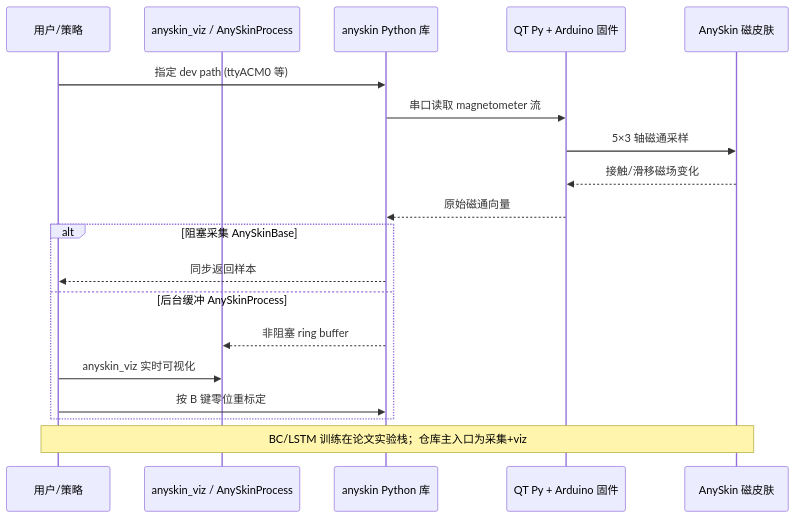
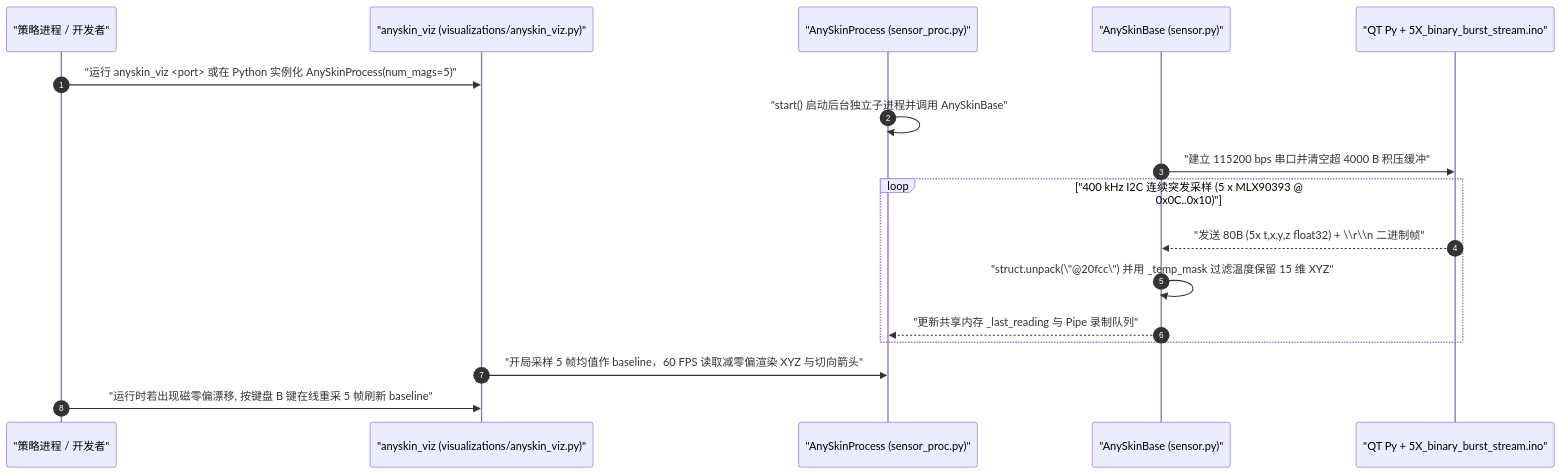
Before and after one commit to ImChong/Robotics_Notebooks: the second of 2 diagrams in wiki/entities/painode-146-anyskin.md, drawn with Mermaid. The commit also changed other lines of this file and 151 other files, not shown here.

````diff
--- a/wiki/entities/painode-146-anyskin.md
+++ b/wiki/entities/painode-146-anyskin.md
@@ -146,22 +134,20 @@
 ```mermaid
 sequenceDiagram
-  participant User as 用户/策略
-  participant Viz as anyskin_viz / AnySkinProcess
-  participant Lib as anyskin Python 库
-  participant MCU as QT Py + Arduino 固件
-  participant Skin as AnySkin 磁皮肤
+  autonumber
+  participant User as "策略进程 / 开发者"
+  participant Viz as "anyskin_viz (visualizations/anyskin_viz.py)"
+  participant Proc as "AnySkinProcess (sensor_proc.py)"
+  participant Base as "AnySkinBase (sensor.py)"
+  participant MCU as "QT Py + 5X_binary_burst_stream.ino"
 
-  User->>Lib: 指定 dev path (ttyACM0 等)
-  Lib->>MCU: 串口读取 magnetometer 流
-  MCU->>Skin: 5×3 轴磁通采样
-  Skin-->>MCU: 接触/滑移磁场变化
-  MCU-->>Lib: 原始磁通向量
-  alt 阻塞采集 AnySkinBase
-    Lib-->>User: 同步返回样本
-  else 后台缓冲 AnySkinProcess
-    Lib-->>Viz: 非阻塞 ring buffer
-    User->>Viz: anyskin_viz 实时可视化
-    User->>Lib: 按 B 键零位重标定
+  User->>Viz: "运行 anyskin_viz <port> 或在 Python 实例化 AnySkinProcess(num_mags=5)"
+  Proc->>Proc: "start() 启动后台独立子进程并调用 AnySkinBase"
+  Base->>MCU: "建立 115200 bps 串口并清空超 4000 B 积压缓冲"
+  loop "400 kHz I2C 连续突发采样 (5 x MLX90393 @ 0x0C..0x10)"
+    MCU-->>Base: "发送 80B (5x t,x,y,z float32) + \\r\\n 二进制帧"
+    Base->>Base: "struct.unpack(\"@20fcc\") 并用 _temp_mask 过滤温度保留 15 维 XYZ"
+    Base-->>Proc: "更新共享内存 _last_reading 与 Pipe 录制队列"
   end
-  Note over User,Skin: BC/LSTM 训练在论文实验栈；仓库主入口为采集+viz
+  Viz->>Proc: "开局采样 5 帧均值作 baseline，60 FPS 读取减零偏渲染 XYZ 与切向箭头"
+  User->>Viz: "运行时若出现磁零偏漂移, 按键盘 B 键在线重采 5 帧刷新 baseline"
 ```
````
